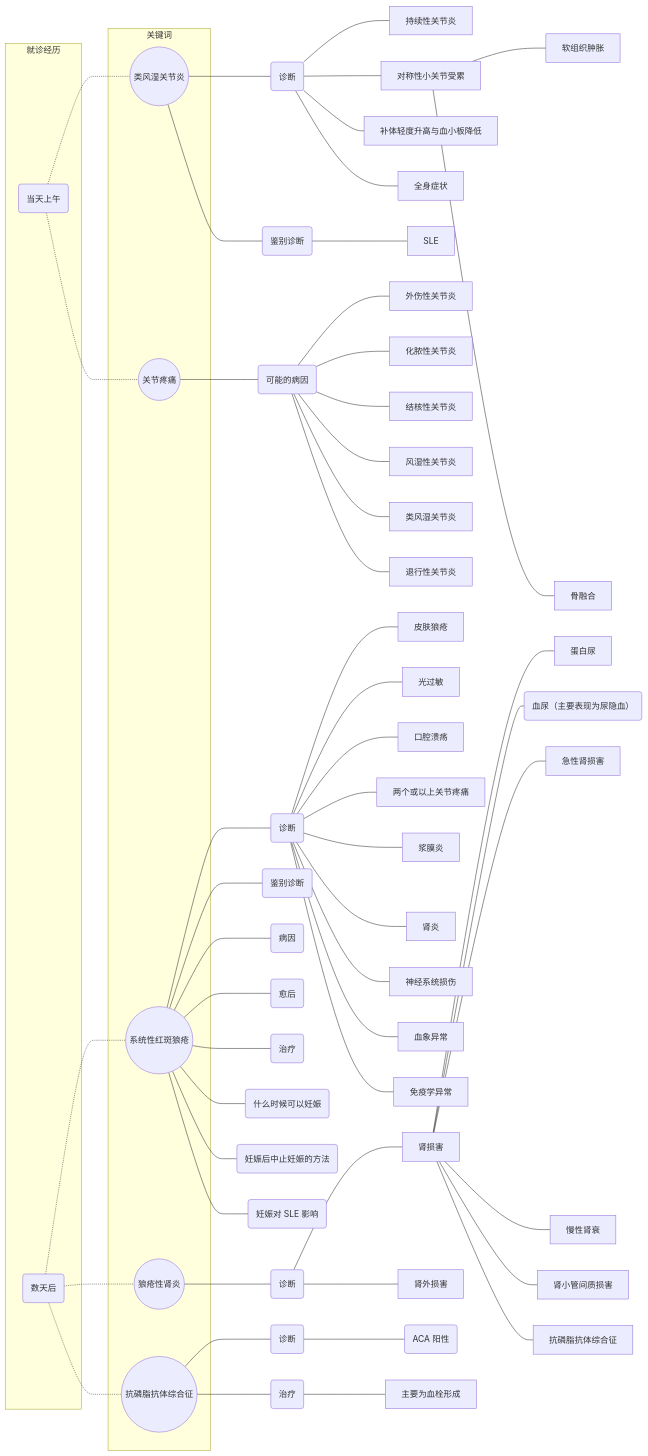
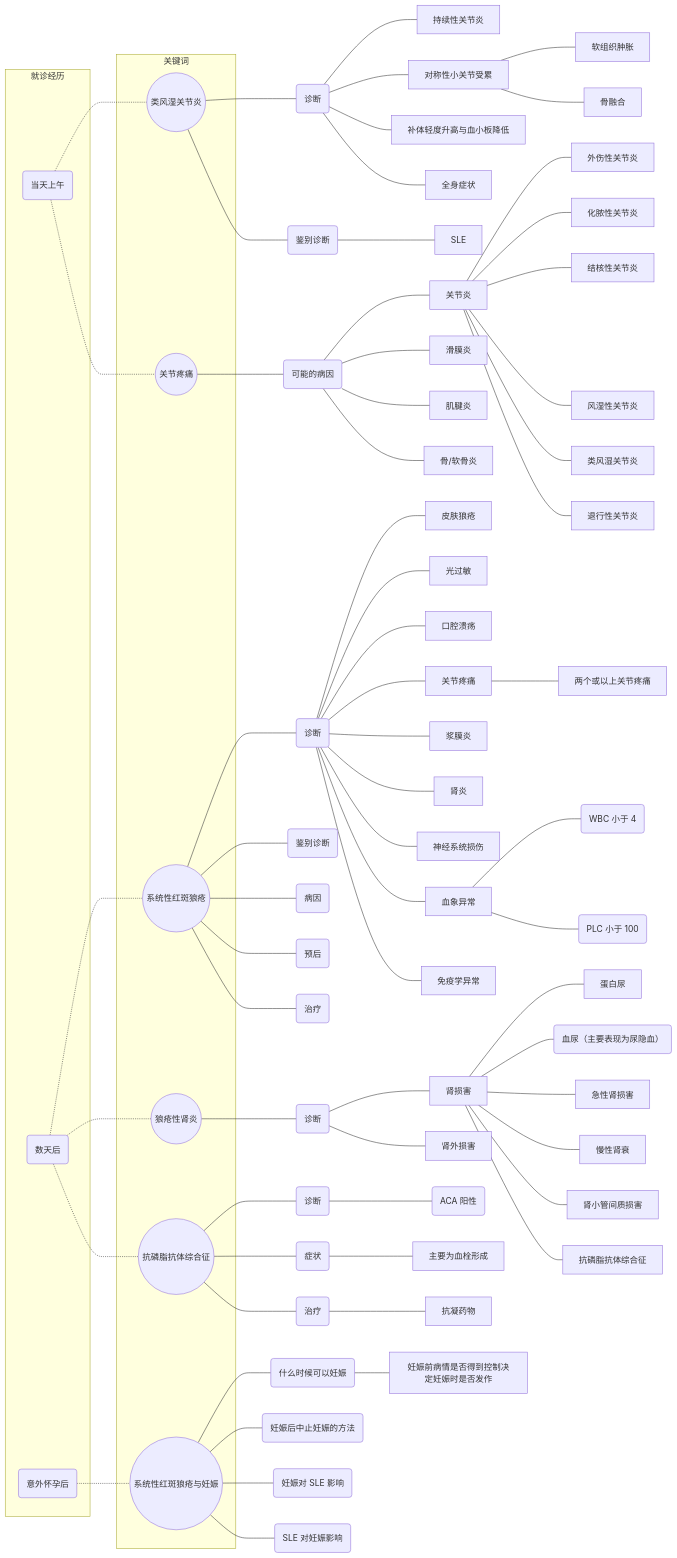
The diagram in PBL_18-19_4.md (heyrict/PBL_notes), drawn with Mermaid before and after one commit. The commit also changed other lines of this file and 1 other file, not shown here.

Commit message:
Update 2019-03-12

````diff
--- a/PBL_18-19_4.md
+++ b/PBL_18-19_4.md
@@ -7,6 +7,7 @@
   subgraph 就诊经历
     exp1(当天上午)
     exp2(数天后)
+    exp3(意外怀孕后)
   end
 
   exp1 -.- diag1
@@ -14,6 +15,7 @@
   exp2 -.- diag3
   exp2 -.- diag4
   exp2 -.- diag5
+  exp3 -.- diag6
 
   subgraph 关键词
     diag1((类风湿关节炎))
@@ -21,6 +23,7 @@
     diag3((系统性红斑狼疮))
     diag4((狼疮性肾炎))
     diag5((抗磷脂抗体综合征))
+    diag6((系统性红斑狼疮与妊娠))
   end
 
   diag1_1(诊断)
@@ -29,14 +32,16 @@
   diag3_1(诊断)
   diag3_2(鉴别诊断)
   diag3_3(病因)
-  diag3_4(愈后)
+  diag3_4(预后)
   diag3_5(治疗)
-  diag3_6(什么时候可以妊娠)
-  diag3_7(妊娠后中止妊娠的方法)
-  diag3_8("妊娠对 SLE 影响")
   diag4_2(诊断)
   diag5_1(诊断)
-  diag5_2(治疗)
+  diag5_2(症状)
+  diag5_3(治疗)
+  diag6_1(什么时候可以妊娠)
+  diag6_2(妊娠后中止妊娠的方法)
+  diag6_3("妊娠对 SLE 影响")
+  diag6_4("SLE 对妊娠影响")
 
   diag1 --- diag1_1
   diag1 --- diag1_2
@@ -46,12 +51,14 @@
   diag3 --- diag3_3
   diag3 --- diag3_4
   diag3 --- diag3_5
-  diag3 --- diag3_6
-  diag3 --- diag3_7
-  diag3 --- diag3_8
   diag4 --- diag4_2
   diag5 --- diag5_1
   diag5 --- diag5_2
+  diag5 --- diag5_3
+  diag6 --- diag6_1
+  diag6 --- diag6_2
+  diag6 --- diag6_3
+  diag6 --- diag6_4
 
   diag1_1 --- 持续性关节炎
   diag1_1 --- 对称性小关节受累
@@ -62,21 +69,28 @@
 
   diag1_2 --- SLE
 
-  diag2_1 --- 外伤性关节炎
-  diag2_1 --- 化脓性关节炎
-  diag2_1 --- 结核性关节炎
-  diag2_1 --- 风湿性关节炎
-  diag2_1 --- 类风湿关节炎
-  diag2_1 --- 退行性关节炎
+  diag2_1 --- 关节炎
+  diag2_1 --- 滑膜炎
+  diag2_1 --- 肌腱炎
+  diag2_1 --- 骨/软骨炎
+  关节炎 --- 外伤性关节炎
+  关节炎 --- 化脓性关节炎
+  关节炎 --- 结核性关节炎
+  关节炎 --- 风湿性关节炎
+  关节炎 --- 类风湿关节炎
+  关节炎 --- 退行性关节炎
 
   diag3_1 --- 皮肤狼疮
   diag3_1 --- 光过敏
   diag3_1 --- 口腔溃疡
-  diag3_1 --- 两个或以上关节疼痛
+  diag3_1 --- 关节疼痛
+  关节疼痛 --- 两个或以上关节疼痛
   diag3_1 --- 浆膜炎
   diag3_1 --- 肾炎
   diag3_1 --- 神经系统损伤
   diag3_1 --- 血象异常
+  血象异常 --- wbc_low("WBC 小于 4")
+  血象异常 --- plc_low("PLC 小于 100")
   diag3_1 --- 免疫学异常
 
   diag4_2 --- 肾损害
@@ -90,5 +104,7 @@
 
   diag5_1 --- ap("ACA 阳性")
   diag5_2 --- 主要为血栓形成
+  diag5_3 --- 抗凝药物
 
+  diag6_1 --- 妊娠前病情是否得到控制决定妊娠时是否发作
 ```
````
